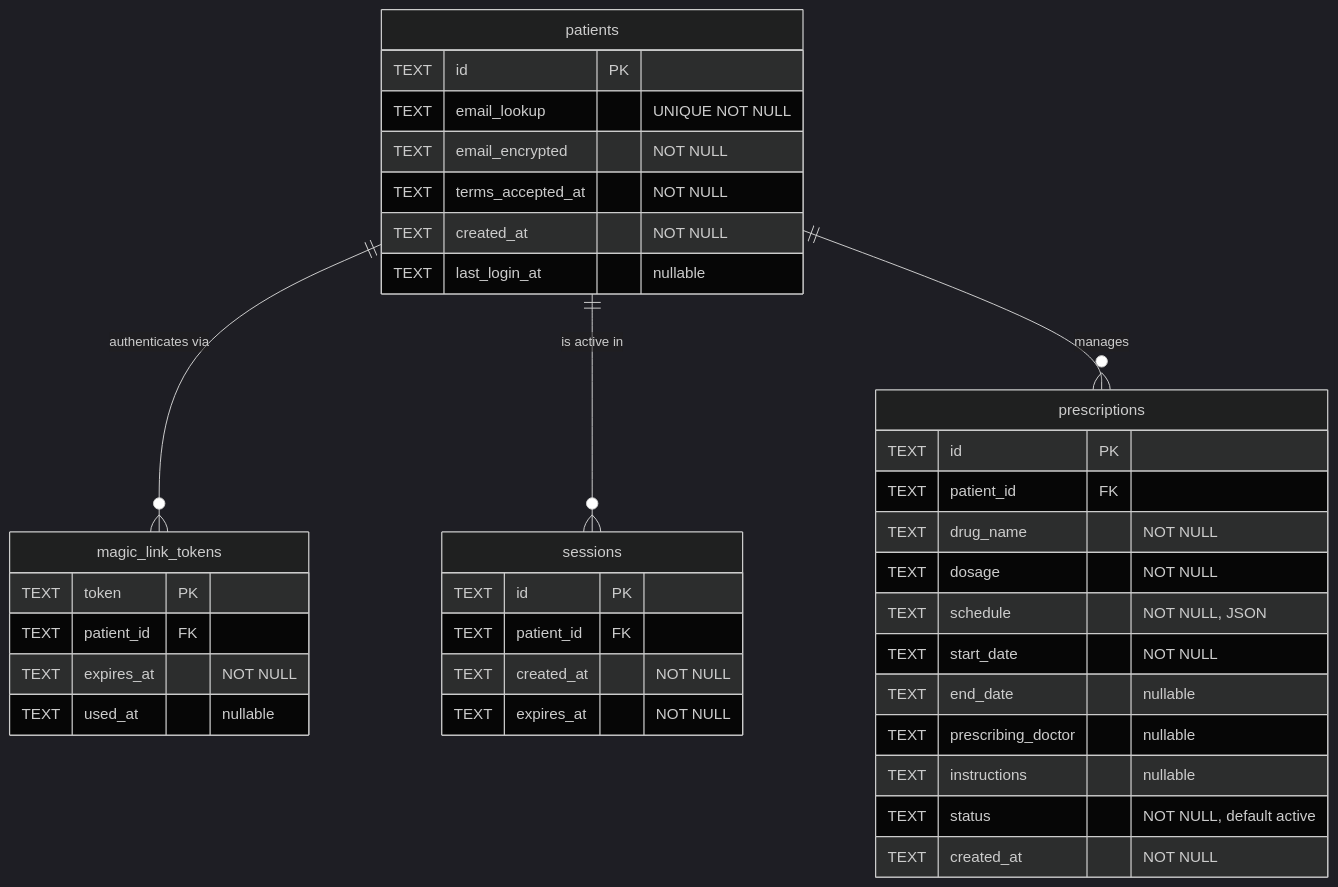
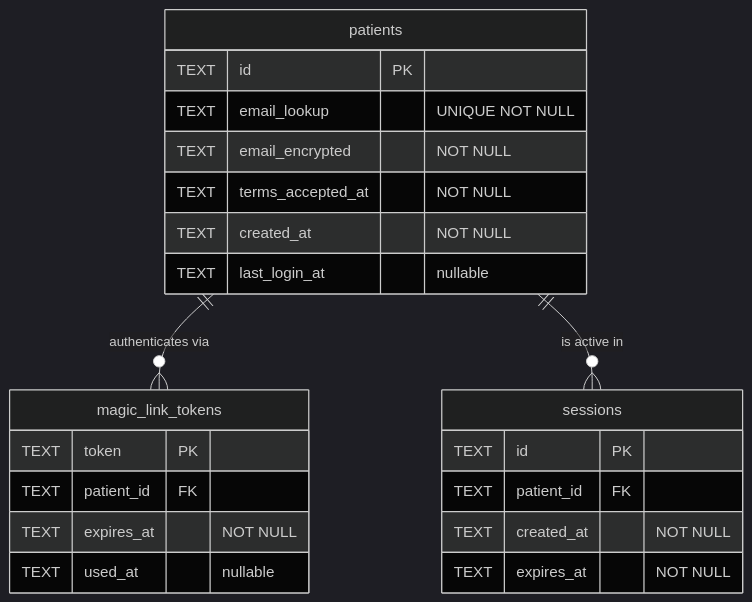
The second of 4 diagrams in CONTEXT.md (ianjmacintosh/pillbug), drawn with Mermaid (dark theme) before and after one commit. The commit also changed other lines of this file, not shown here.

First line of the commit message:
Update CONTEXT.md: add doses to data model, split diagrams

````diff
--- a/CONTEXT.md
+++ b/CONTEXT.md
@@ -138,43 +167,28 @@
 ```mermaid
 erDiagram
     patients {
         TEXT id PK
         TEXT email_lookup "UNIQUE NOT NULL"
         TEXT email_encrypted "NOT NULL"
         TEXT terms_accepted_at "NOT NULL"
         TEXT created_at "NOT NULL"
         TEXT last_login_at "nullable"
     }
 
     magic_link_tokens {
         TEXT token PK
         TEXT patient_id FK
         TEXT expires_at "NOT NULL"
         TEXT used_at "nullable"
     }
 
     sessions {
         TEXT id PK
         TEXT patient_id FK
         TEXT created_at "NOT NULL"
         TEXT expires_at "NOT NULL"
     }
 
-    prescriptions {
-        TEXT id PK
-        TEXT patient_id FK
-        TEXT drug_name "NOT NULL"
-        TEXT dosage "NOT NULL"
-        TEXT schedule "NOT NULL, JSON"
-        TEXT start_date "NOT NULL"
-        TEXT end_date "nullable"
-        TEXT prescribing_doctor "nullable"
-        TEXT instructions "nullable"
-        TEXT status "NOT NULL, default active"
-        TEXT created_at "NOT NULL"
-    }
-
     patients ||--o{ magic_link_tokens : "authenticates via"
     patients ||--o{ sessions : "is active in"
-    patients ||--o{ prescriptions : "manages"
 ```
````
